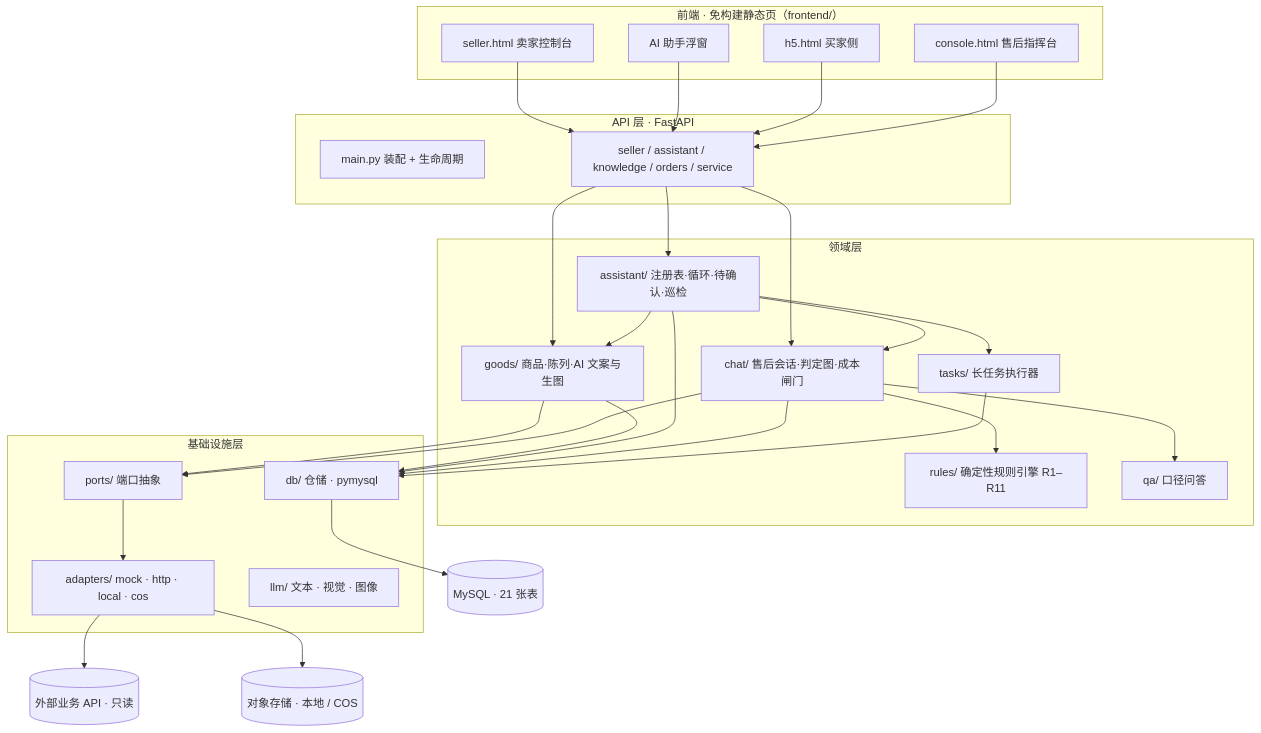
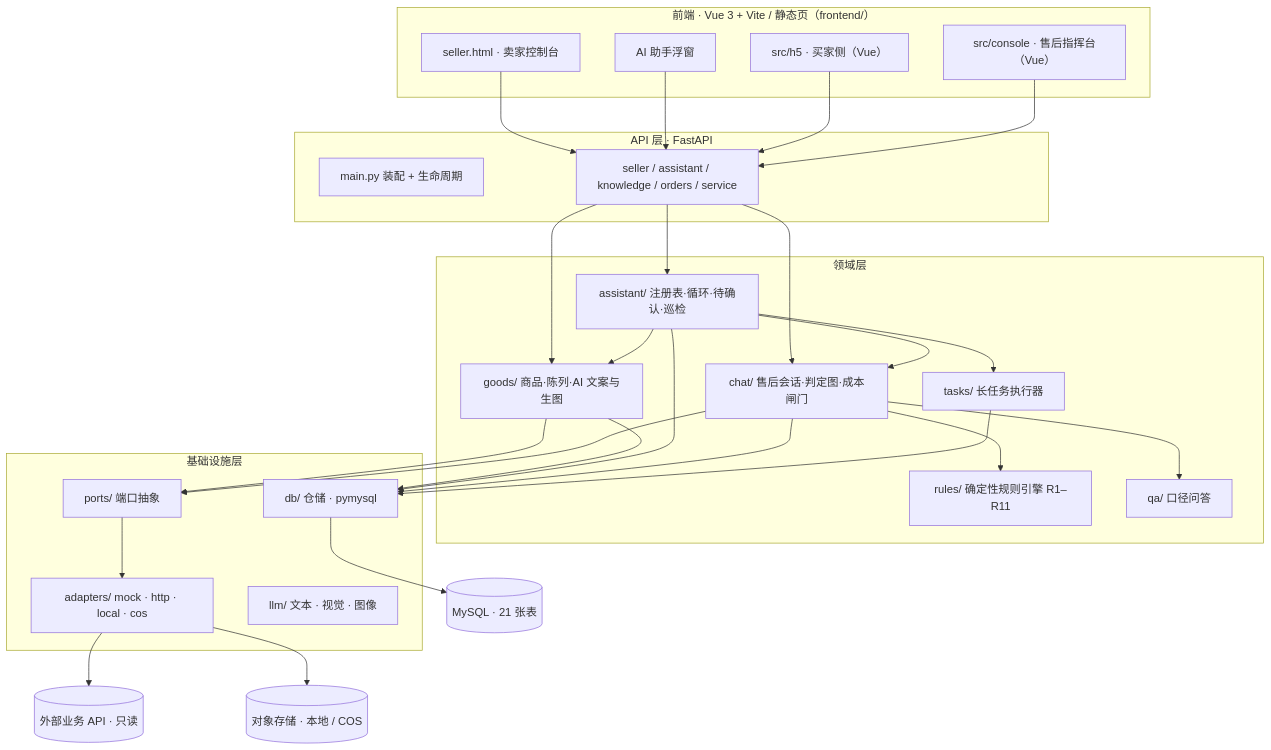
One commit to Y-er-er/seller-agent changed the first of 3 diagrams in README.md. Above: the diagram before and after it, drawn with Mermaid. The commit also changed other lines of this file and 25 other files, not shown here.

````diff
--- a/README.md
+++ b/README.md
@@ -76,57 +77,57 @@
 ```mermaid
 graph TB
-    subgraph FE["前端 · 免构建静态页（frontend/）"]
-        H5["h5.html 买家侧"]
-        CON["console.html 售后指挥台"]
-        SELLER["seller.html 卖家控制台"]
+    subgraph FE["前端 · Vue 3 + Vite / 静态页（frontend/）"]
+        H5["src/h5 · 买家侧（Vue）"]
+        CON["src/console · 售后指挥台（Vue）"]
+        SELLER["seller.html · 卖家控制台"]
         DRAW["AI 助手浮窗"]
     end
 
     subgraph API["API 层 · FastAPI"]
         MAIN["main.py 装配 + 生命周期"]
         ROUTES["seller / assistant / knowledge / orders / service"]
     end
 
     subgraph DOMAIN["领域层"]
         GOODS["goods/ 商品·陈列·AI 文案与生图"]
         ASSIST["assistant/ 注册表·循环·待确认·巡检"]
         CHAT["chat/ 售后会话·判定图·成本闸门"]
         RULES["rules/ 确定性规则引擎 R1–R11"]
         QA["qa/ 口径问答"]
         TASKS["tasks/ 长任务执行器"]
     end
 
     subgraph INFRA["基础设施层"]
         DB["db/ 仓储 · pymysql"]
         PORTS["ports/ 端口抽象"]
         ADP["adapters/ mock · http · local · cos"]
         LLM["llm/ 文本 · 视觉 · 图像"]
     end
 
     MYSQL[("MySQL · 21 张表")]
     EXT[("外部业务 API · 只读")]
     OSS[("对象存储 · 本地 / COS")]
 
     SELLER --> ROUTES
     DRAW --> ROUTES
     H5 --> ROUTES
     CON --> ROUTES
     ROUTES --> GOODS
     ROUTES --> ASSIST
     ROUTES --> CHAT
     ASSIST --> GOODS
     ASSIST --> CHAT
     ASSIST --> TASKS
     CHAT --> RULES
     CHAT --> QA
     GOODS --> DB
     ASSIST --> DB
     CHAT --> DB
     TASKS --> DB
     GOODS --> PORTS
     CHAT --> PORTS
     PORTS --> ADP
     DB --> MYSQL
     ADP --> EXT
     ADP --> OSS
 ```
````
